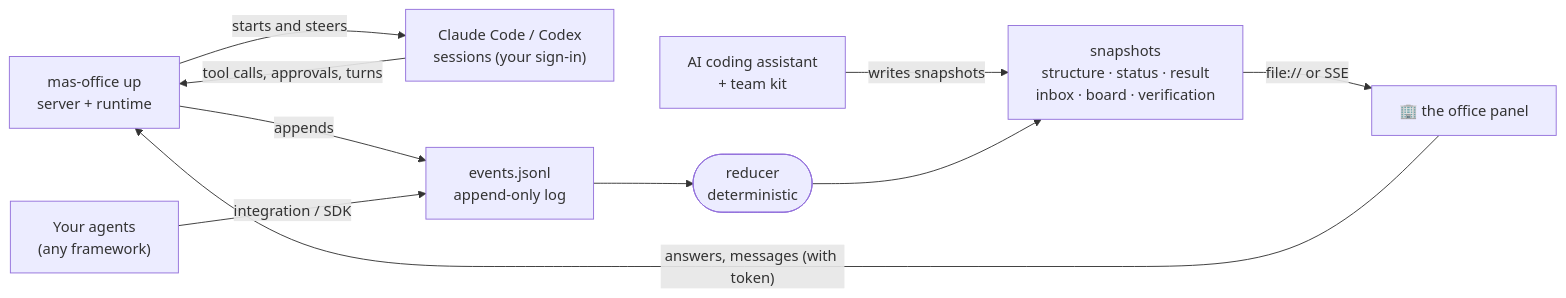
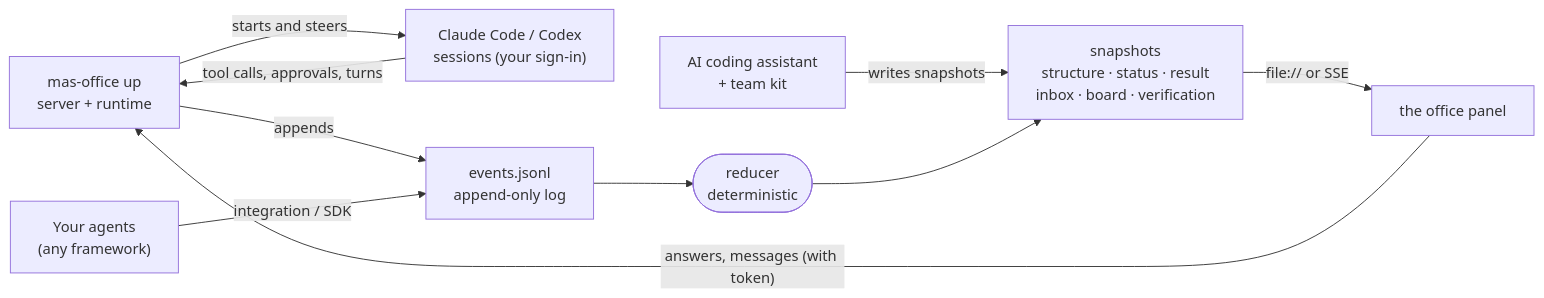
Before and after one commit to weixijia/mas-office: the diagram in README.md, drawn with Mermaid. The commit also changed other lines of this file and 24 other files, not shown here.

````diff
--- a/README.md
+++ b/README.md
@@ -281,11 +301,11 @@
 ```mermaid
 flowchart LR
   U["mas-office up<br/>server + runtime"] -- "starts and steers" --> W["Claude Code / Codex<br/>sessions (your sign-in)"]
   W -- "tool calls, approvals, turns" --> U
   U -- "appends" --> E["events.jsonl<br/>append-only log"]
   A["Your agents<br/>(any framework)"] -- "integration / SDK" --> E
   K["AI coding assistant<br/>+ team kit"] -- "writes snapshots" --> S
   E --> R(["reducer<br/>deterministic"]) --> S["snapshots<br/>structure · status · result<br/>inbox · board · verification"]
-  S -- "file:// or SSE" --> P["🏢 the office panel"]
+  S -- "file:// or SSE" --> P["the office panel"]
   P -- "answers, messages (with token)" --> U
 ```
````
